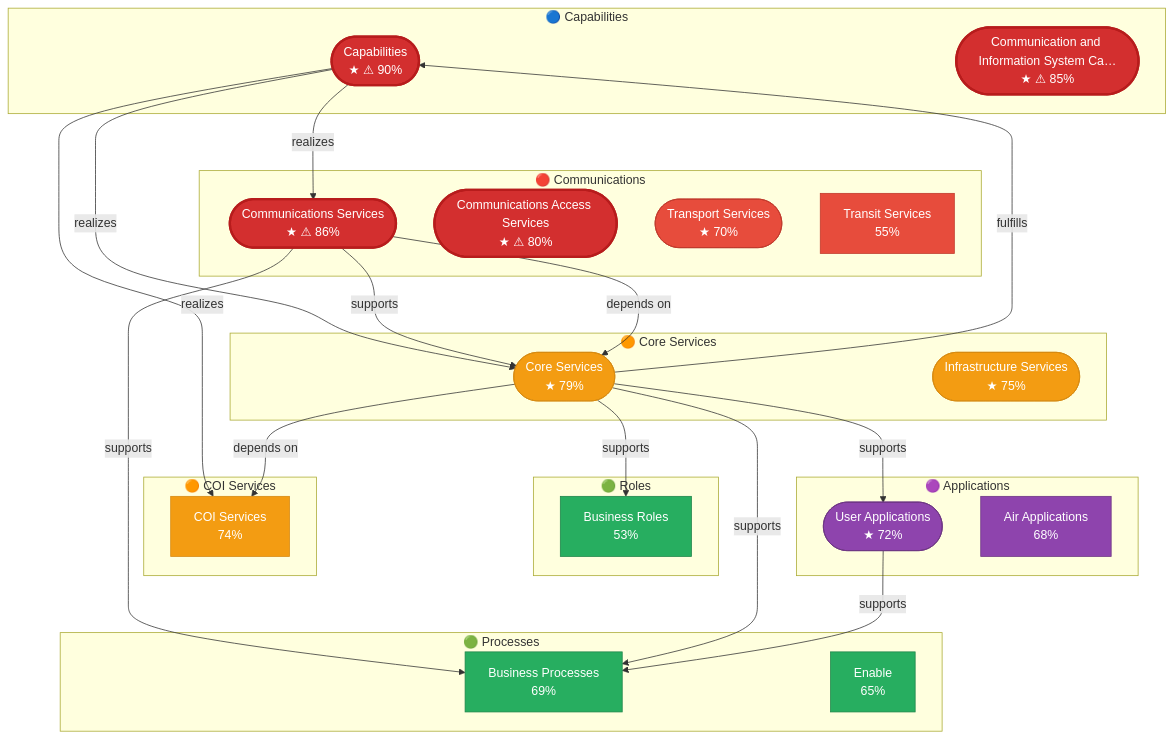
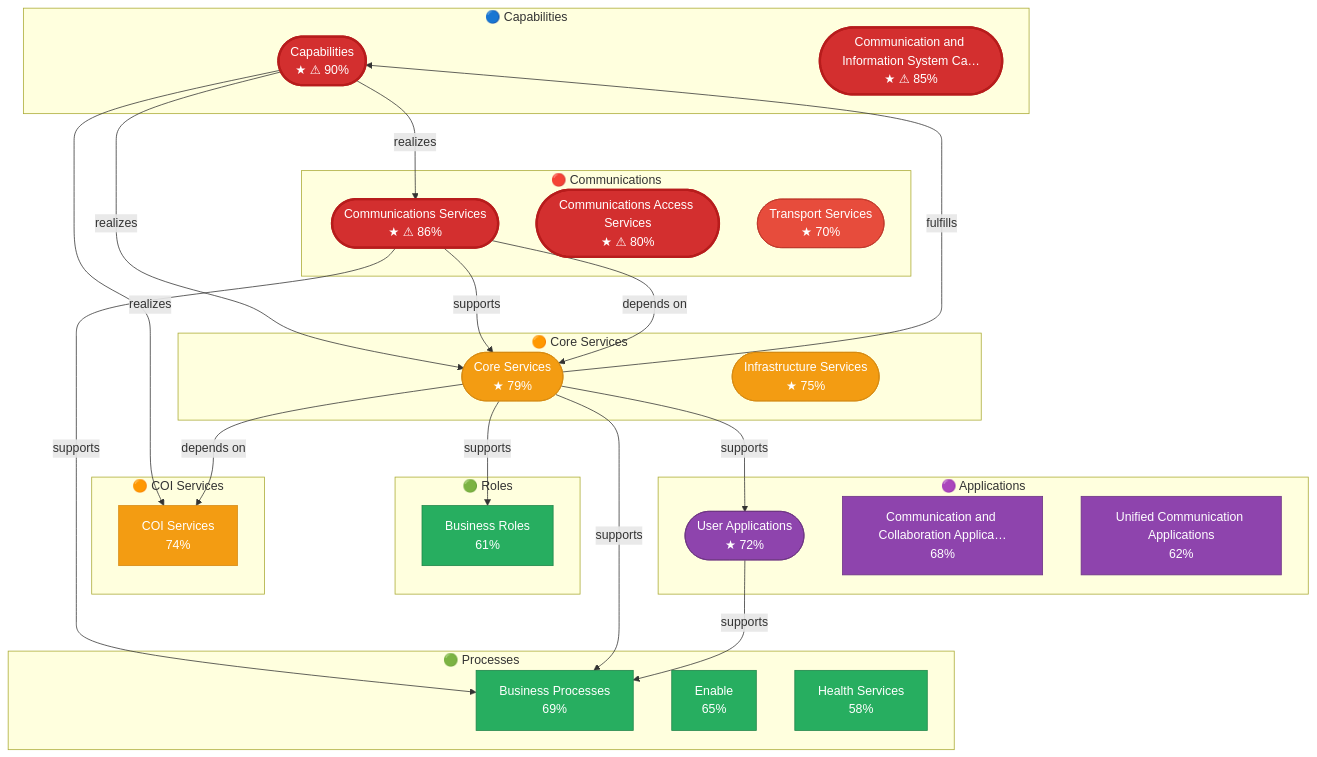
The second of 2 diagrams in README.md (carstenartur/Taxonomy), drawn with Mermaid before and after one commit. The commit also changed other lines of this file and 1 other file, not shown here.

````diff
--- a/README.md
+++ b/README.md
@@ -59,69 +62,71 @@
 ```mermaid
 flowchart TD
     subgraph Capabilities["🔵 Capabilities"]
         CP_1000(["Capabilities<br/>★ ⚠ 90%"])
         CP_1023(["Communication and Information System Ca…<br/>★ ⚠ 85%"])
     end
     subgraph Business_Processes["🟢 Processes"]
         BP_1000["Business Processes<br/>69%"]
         BP_1327["Enable<br/>65%"]
+        BP_1490["Health Services<br/>58%"]
     end
     subgraph Business_Roles["🟢 Roles"]
-        BR_1000["Business Roles<br/>53%"]
+        BR["Business Roles<br/>61%"]
     end
     subgraph Core_Services["🟠 Core Services"]
         CR_1000(["Core Services<br/>★ 79%"])
         CR_1047(["Infrastructure Services<br/>★ 75%"])
     end
     subgraph COI_Services["🟠 COI Services"]
         CI["COI Services<br/>74%"]
     end
     subgraph User_Applications["🟣 Applications"]
         UA_1000(["User Applications<br/>★ 72%"])
-        UA_1015["Air Applications<br/>68%"]
+        UA_1179["Communication and Collaboration Applica…<br/>68%"]
+        UA_1574["Unified Communication Applications<br/>62%"]
     end
     subgraph Communications_Services["🔴 Communications"]
         CO_1000(["Communications Services<br/>★ ⚠ 86%"])
         CO_1011(["Communications Access Services<br/>★ ⚠ 80%"])
         CO_1063(["Transport Services<br/>★ 70%"])
-        CO_1050["Transit Services<br/>55%"]
     end
     CP_1000 -->|realizes| CI
     CP_1000 -->|realizes| CO_1000
     CP_1000 -->|realizes| CR_1000
     CO_1000 -->|supports| BP_1000
     CO_1000 -->|supports| CR_1000
     CR_1000 -->|supports| BP_1000
-    CR_1000 -->|supports| BR_1000
+    CR_1000 -->|supports| BR
     CR_1000 -->|supports| UA_1000
     CR_1000 -->|fulfills| CP_1000
     UA_1000 -->|supports| BP_1000
     CO_1000 -->|depends on| CR_1000
     CR_1000 -->|depends on| CI
     classDef cap fill:#4A90D9,color:#fff,stroke:#2171B5
     classDef proc fill:#27AE60,color:#fff,stroke:#1E8449
     classDef role fill:#27AE60,color:#fff,stroke:#1E8449
     classDef svc fill:#F39C12,color:#fff,stroke:#D68910
     classDef app fill:#8E44AD,color:#fff,stroke:#6C3483
     classDef info fill:#3498DB,color:#fff,stroke:#2980B9
     classDef comm fill:#E74C3C,color:#fff,stroke:#C0392B
     classDef hotspot fill:#D32F2F,color:#fff,stroke:#B71C1C,stroke-width:3px
     class CP_1000 cap
     class CP_1000 hotspot
     class CP_1023 cap
     class CP_1023 hotspot
     class BP_1000 proc
     class BP_1327 proc
-    class BR_1000 role
+    class BP_1490 proc
+    class BR role
     class CR_1000 svc
     class CR_1047 svc
     class CI svc
     class UA_1000 app
-    class UA_1015 app
+    class UA_1179 app
+    class UA_1574 app
     class CO_1000 comm
     class CO_1000 hotspot
     class CO_1011 comm
     class CO_1011 hotspot
     class CO_1063 comm
-    class CO_1050 comm
 ```
````
